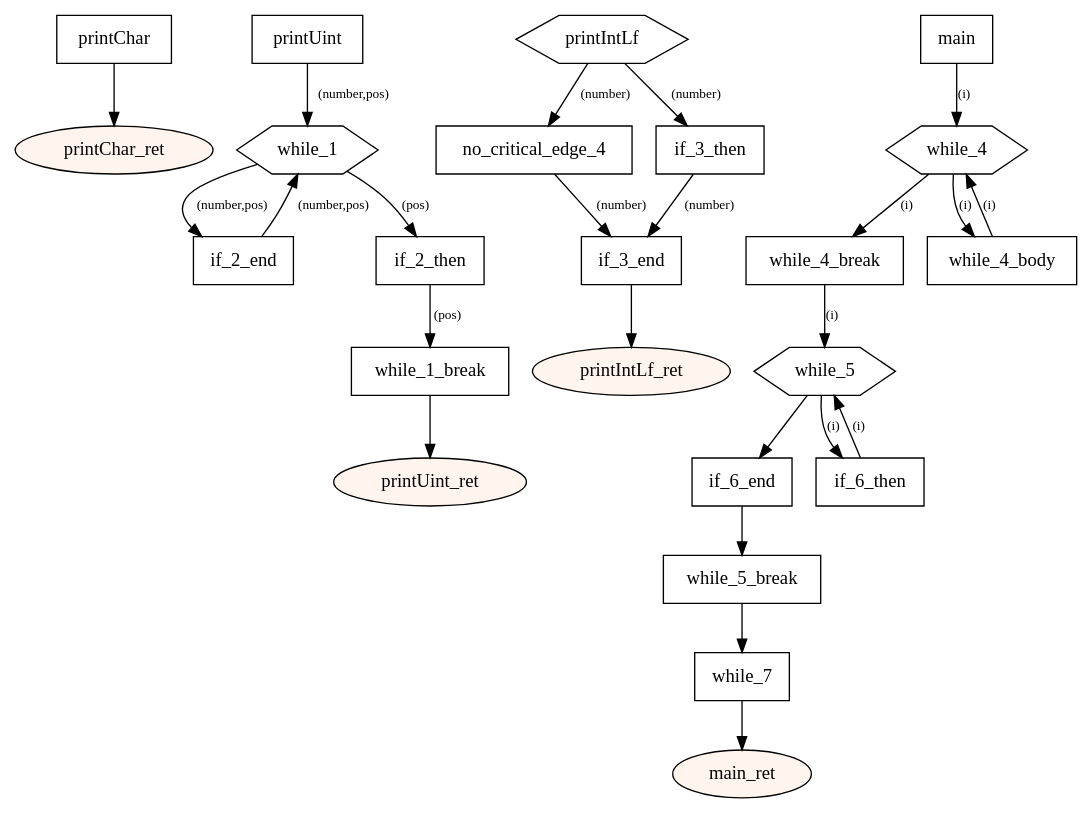
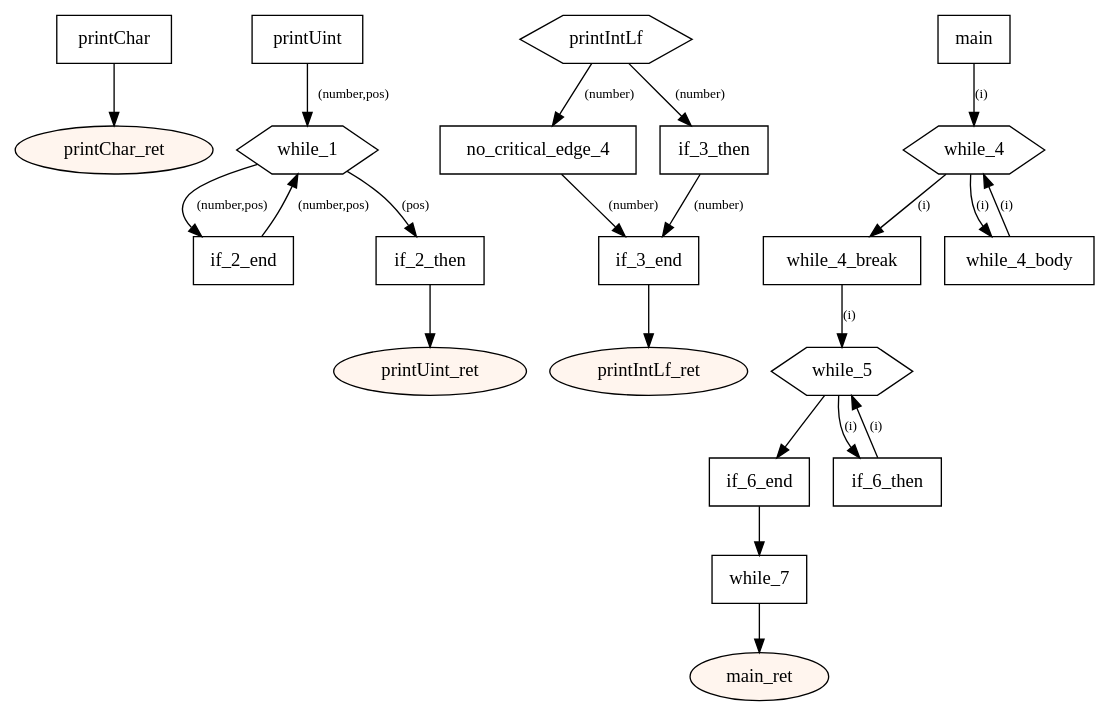
Before and after one commit to tmssngr/tinyC: the diagram in src/main/resources-test/03 while.dot, drawn with Graphviz. The commit also changed 34 other files, not shown here.

```diff
--- a/src/main/resources-test/03 while.dot
+++ b/src/main/resources-test/03 while.dot
@@ -1,57 +1,53 @@
 digraph program {
 	edge[fontsize="10pt"];
 	subgraph fn_printChar {
 		BasicBlock_0_printChar [label="printChar",shape=box];
 		BasicBlock_0_printChar -> BasicBlock_0_printChar_ret;
 		BasicBlock_0_printChar_ret [label="printChar_ret",shape=oval,style=filled,fillcolor="#fff5ee"];
 	}
 	subgraph fn_printUint {
 		BasicBlock_1_printUint [label="printUint",shape=box];
 		BasicBlock_1_printUint -> BasicBlock_1_while_1 [label="(number,pos)"];
 		BasicBlock_1_while_1 [label="while_1",shape=hexagon];
 		BasicBlock_1_while_1 -> BasicBlock_1_if_2_end [label="(number,pos)"];
 		BasicBlock_1_while_1 -> BasicBlock_1_if_2_then [label="(pos)"];
 		BasicBlock_1_if_2_then [label="if_2_then",shape=box];
-		BasicBlock_1_if_2_then -> BasicBlock_1_while_1_break [label="(pos)"];
-		BasicBlock_1_while_1_break [label="while_1_break",shape=box];
-		BasicBlock_1_while_1_break -> BasicBlock_1_printUint_ret;
+		BasicBlock_1_if_2_then -> BasicBlock_1_printUint_ret;
 		BasicBlock_1_if_2_end [label="if_2_end",shape=box];
 		BasicBlock_1_if_2_end -> BasicBlock_1_while_1 [label="(number,pos)"];
 		BasicBlock_1_printUint_ret [label="printUint_ret",shape=oval,style=filled,fillcolor="#fff5ee"];
 	}
 	subgraph fn_printIntLf {
 		BasicBlock_2_printIntLf [label="printIntLf",shape=hexagon];
 		BasicBlock_2_printIntLf -> BasicBlock_2_no_critical_edge_4 [label="(number)"];
 		BasicBlock_2_printIntLf -> BasicBlock_2_if_3_then [label="(number)"];
 		BasicBlock_2_if_3_then [label="if_3_then",shape=box];
 		BasicBlock_2_if_3_then -> BasicBlock_2_if_3_end [label="(number)"];
 		BasicBlock_2_no_critical_edge_4 [label="no_critical_edge_4",shape=box];
 		BasicBlock_2_no_critical_edge_4 -> BasicBlock_2_if_3_end [label="(number)"];
 		BasicBlock_2_if_3_end [label="if_3_end",shape=box];
 		BasicBlock_2_if_3_end -> BasicBlock_2_printIntLf_ret;
 		BasicBlock_2_printIntLf_ret [label="printIntLf_ret",shape=oval,style=filled,fillcolor="#fff5ee"];
 	}
 	subgraph fn_main {
 		BasicBlock_3_main [label="main",shape=box];
 		BasicBlock_3_main -> BasicBlock_3_while_4 [label="(i)"];
 		BasicBlock_3_while_4 [label="while_4",shape=hexagon];
 		BasicBlock_3_while_4 -> BasicBlock_3_while_4_break [label="(i)"];
 		BasicBlock_3_while_4 -> BasicBlock_3_while_4_body [label="(i)"];
 		BasicBlock_3_while_4_body [label="while_4_body",shape=box];
 		BasicBlock_3_while_4_body -> BasicBlock_3_while_4 [label="(i)"];
 		BasicBlock_3_while_4_break [label="while_4_break",shape=box];
 		BasicBlock_3_while_4_break -> BasicBlock_3_while_5 [label="(i)"];
 		BasicBlock_3_while_5 [label="while_5",shape=hexagon];
 		BasicBlock_3_while_5 -> BasicBlock_3_if_6_end;
 		BasicBlock_3_while_5 -> BasicBlock_3_if_6_then [label="(i)"];
 		BasicBlock_3_if_6_then [label="if_6_then",shape=box];
 		BasicBlock_3_if_6_then -> BasicBlock_3_while_5 [label="(i)"];
 		BasicBlock_3_if_6_end [label="if_6_end",shape=box];
-		BasicBlock_3_if_6_end -> BasicBlock_3_while_5_break;
-		BasicBlock_3_while_5_break [label="while_5_break",shape=box];
-		BasicBlock_3_while_5_break -> BasicBlock_3_while_7;
+		BasicBlock_3_if_6_end -> BasicBlock_3_while_7;
 		BasicBlock_3_while_7 [label="while_7",shape=box];
 		BasicBlock_3_while_7 -> BasicBlock_3_main_ret;
 		BasicBlock_3_main_ret [label="main_ret",shape=oval,style=filled,fillcolor="#fff5ee"];
 	}
 }
```
